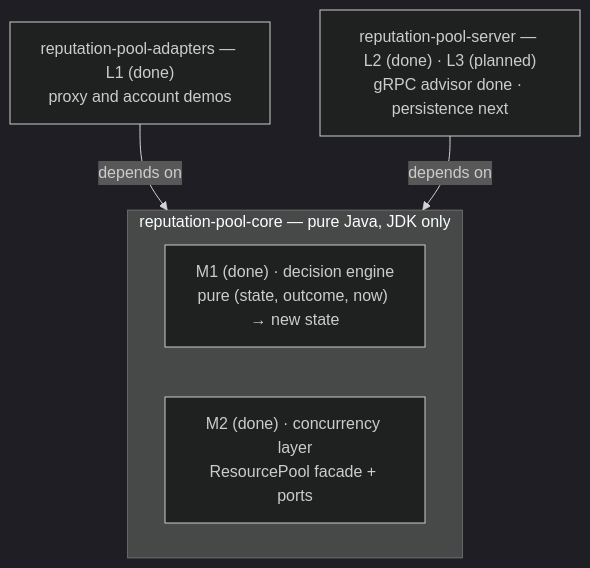
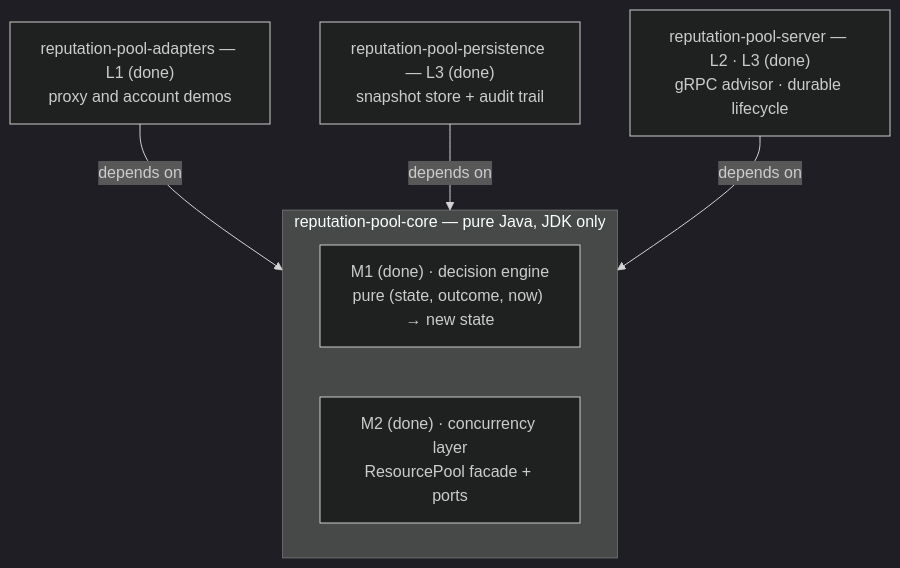
The diagram in README.md (PreAgile/reputation-pool), drawn with Mermaid (dark theme) before and after one commit. The commit also changed other lines of this file and 12 other files, not shown here.

````diff
--- a/README.md
+++ b/README.md
@@ -97,13 +98,15 @@
 ```mermaid
 flowchart TB
     adapters["reputation-pool-adapters — L1 (done)<br/>proxy and account demos"]
-    server["reputation-pool-server — L2 (done) · L3 (planned)<br/>gRPC advisor done · persistence next"]
+    persistence["reputation-pool-persistence — L3 (done)<br/>snapshot store + audit trail"]
+    server["reputation-pool-server — L2 · L3 (done)<br/>gRPC advisor · durable lifecycle"]
 
     subgraph core["reputation-pool-core — pure Java, JDK only"]
         M1["M1 (done) · decision engine<br/>pure (state, outcome, now) → new state"]
         M2["M2 (done) · concurrency layer<br/>ResourcePool facade + ports"]
     end
 
     adapters -->|depends on| core
+    persistence -->|depends on| core
     server -->|depends on| core
 ```
````
